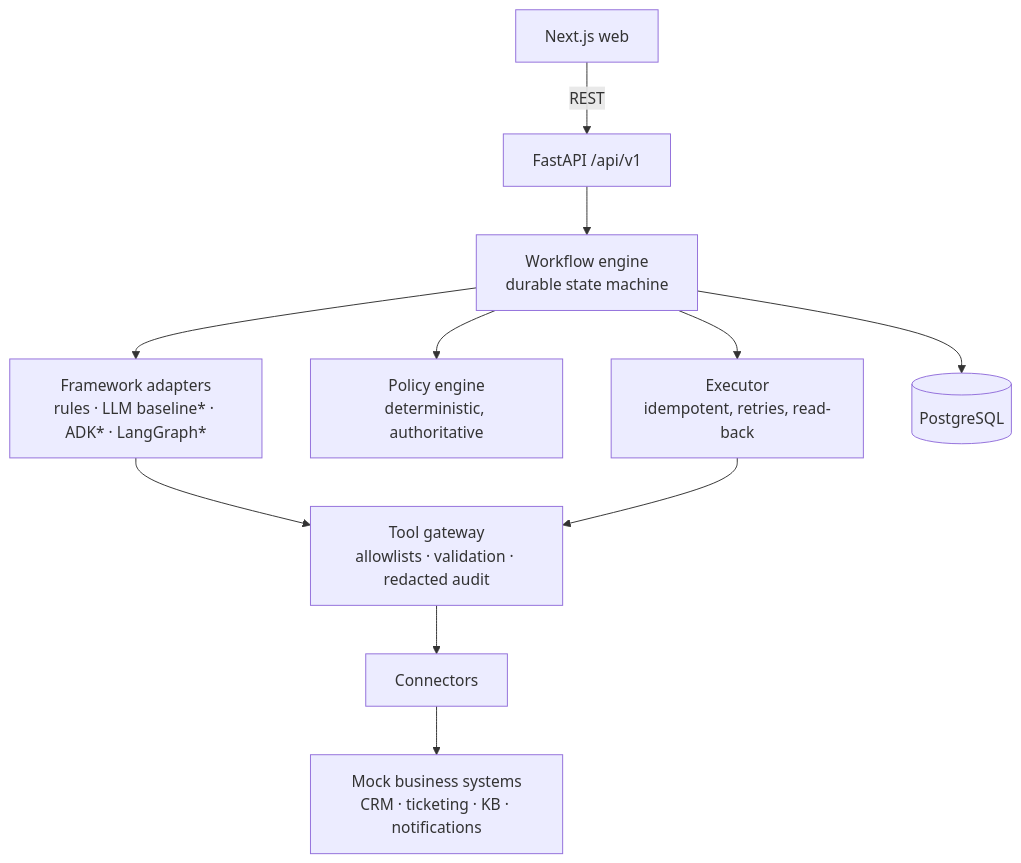
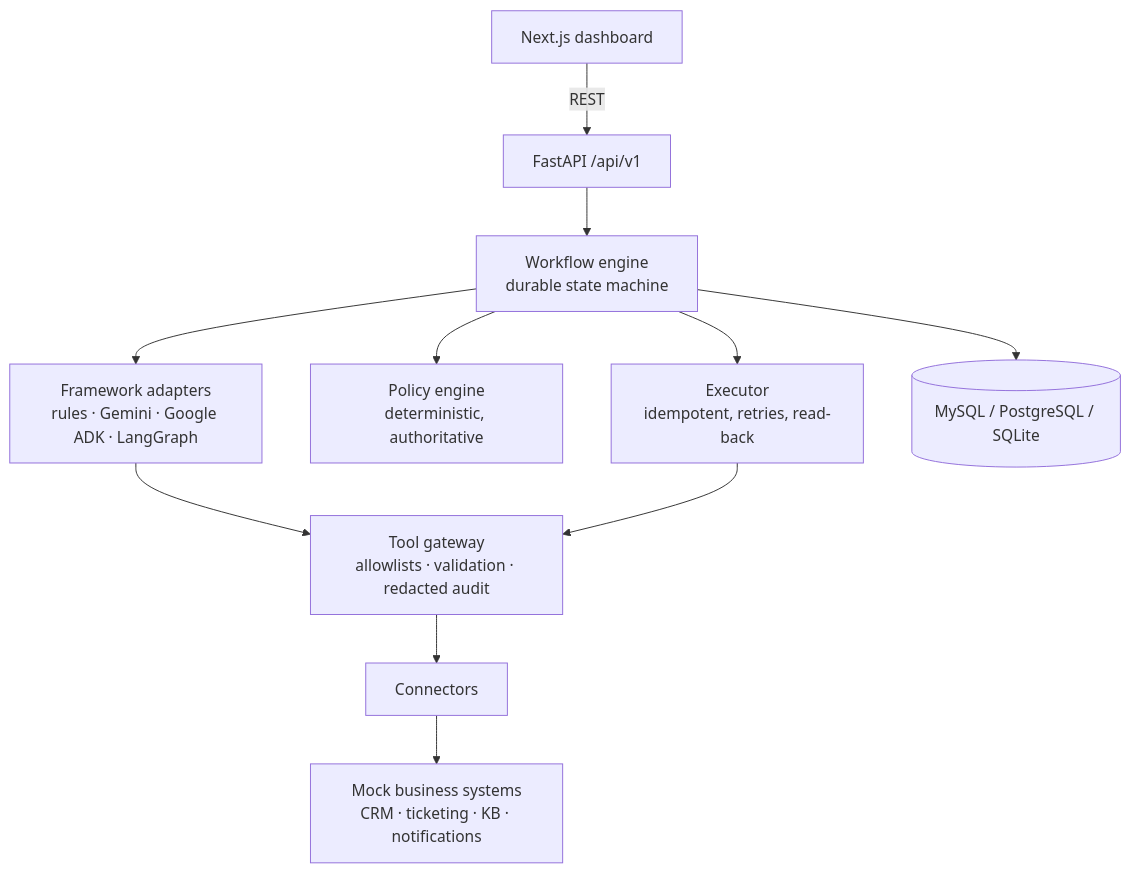
One commit to Nitya-Dhagat/workflowops changed the diagram in README.md. Above: the diagram before and after it, drawn with Mermaid. The commit also changed other lines of this file, not shown here.

````diff
--- a/README.md
+++ b/README.md
@@ -54,12 +88,12 @@
 ```mermaid
 flowchart TD
-  W[Next.js web] -->|REST| A[FastAPI /api/v1]
+  W[Next.js dashboard] -->|REST| A[FastAPI /api/v1]
   A --> E[Workflow engine<br/>durable state machine]
-  E --> F[Framework adapters<br/>rules · LLM baseline* · ADK* · LangGraph*]
+  E --> F[Framework adapters<br/>rules · Gemini · Google ADK · LangGraph]
   E --> P[Policy engine<br/>deterministic, authoritative]
   E --> X[Executor<br/>idempotent, retries, read-back]
   F --> G[Tool gateway<br/>allowlists · validation · redacted audit]
   X --> G
   G --> C[Connectors] --> M[Mock business systems<br/>CRM · ticketing · KB · notifications]
-  E --> D[(PostgreSQL)]
+  E --> D[(MySQL / PostgreSQL / SQLite)]
 ```
````
